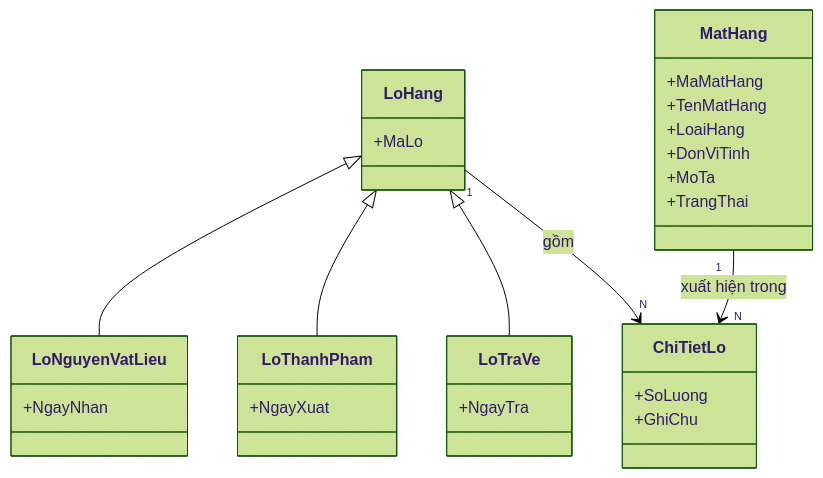
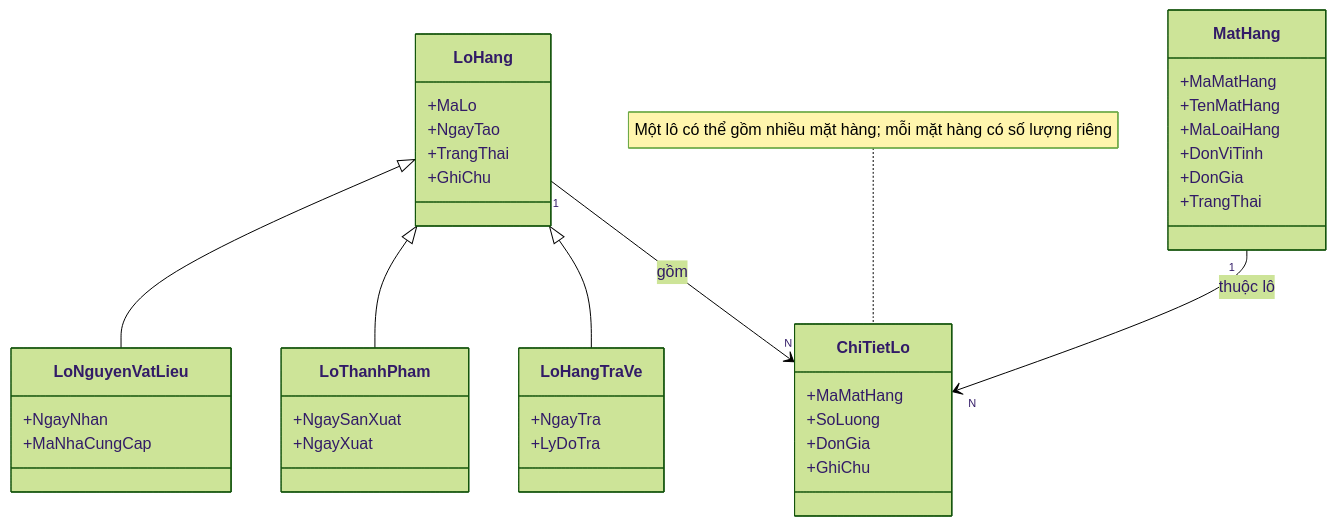
Before and after one commit to vthaix/WarehouseSystem: the eighth of 14 diagrams in WarehouseSystem_SRS_hoan_chinh.md, drawn with Mermaid (forest theme). The commit also changed other lines of this file, not shown here.

````diff
--- a/WarehouseSystem_SRS_hoan_chinh.md
+++ b/WarehouseSystem_SRS_hoan_chinh.md
@@ -1778,33 +326,51 @@
 ```mermaid
 classDiagram
+
     class LoHang {
         +MaLo
+        +NgayTao
+        +TrangThai
+        +GhiChu
     }
+
     class LoNguyenVatLieu {
         +NgayNhan
+        +MaNhaCungCap
     }
+
     class LoThanhPham {
+        +NgaySanXuat
         +NgayXuat
     }
-    class LoTraVe {
+
+    class LoHangTraVe {
         +NgayTra
+        +LyDoTra
     }
+
     class ChiTietLo {
+        +MaMatHang
         +SoLuong
+        +DonGia
         +GhiChu
     }
+
     class MatHang {
         +MaMatHang
         +TenMatHang
-        +LoaiHang
+        +MaLoaiHang
         +DonViTinh
-        +MoTa
+        +DonGia
         +TrangThai
     }
 
     LoHang <|-- LoNguyenVatLieu
     LoHang <|-- LoThanhPham
-    LoHang <|-- LoTraVe
+    LoHang <|-- LoHangTraVe
+
     LoHang "1" --> "N" ChiTietLo : gồm
-    MatHang "1" --> "N" ChiTietLo : xuất hiện trong
+    MatHang "1" --> "N" ChiTietLo : thuộc lô
+
+    note for ChiTietLo "Một lô có thể gồm nhiều mặt hàng; mỗi mặt hàng có số lượng riêng"
+
 ```
````
